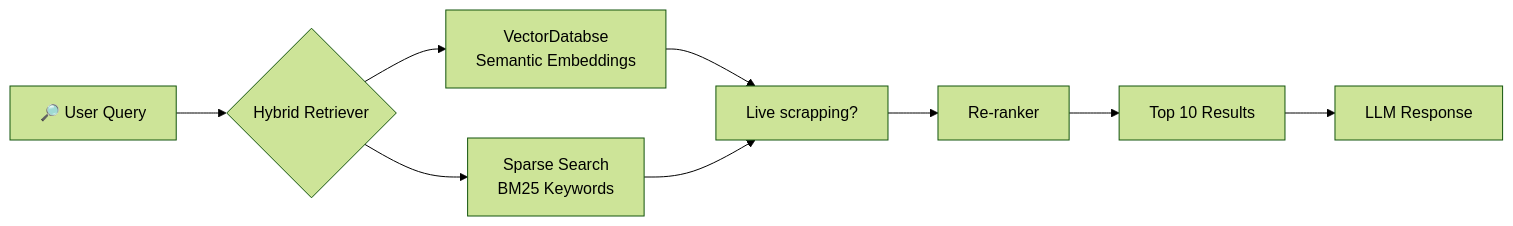
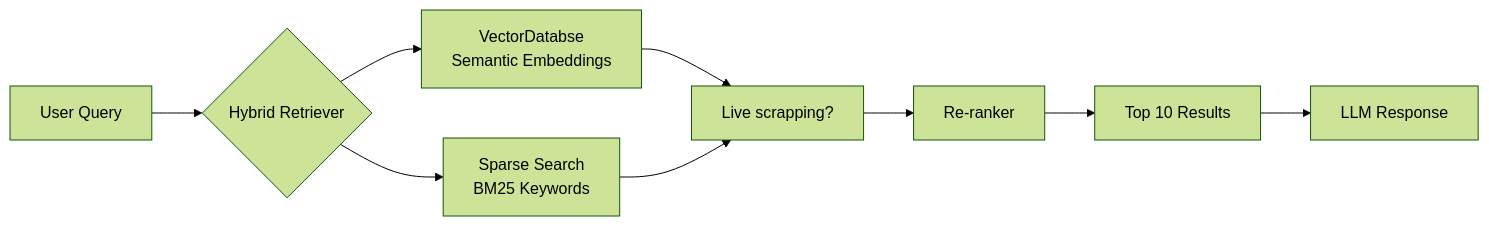
Before and after one commit to Hazem-nabil42/Jobs-Internships-Hybrid-RAG-finder: the diagram in README.MD, drawn with Mermaid (forest theme).

````diff
--- a/README.MD
+++ b/README.MD
@@ -45,11 +45,11 @@
 ```mermaid
 flowchart LR
-    A[🔎 User Query] --> B{Hybrid Retriever}
+    A[ User Query] --> B{Hybrid Retriever}
     B --> C[ VectorDatabse\nSemantic Embeddings]
     B --> D[ Sparse Search\nBM25 Keywords]
-    C --> E[ Live scrapping?\n]
+    C --> E[ Live scrapping?]
     D --> E
     E --> F[ Re-ranker]
     F --> G[ Top 10 Results]
     G --> H[ LLM Response]
 ```
````
